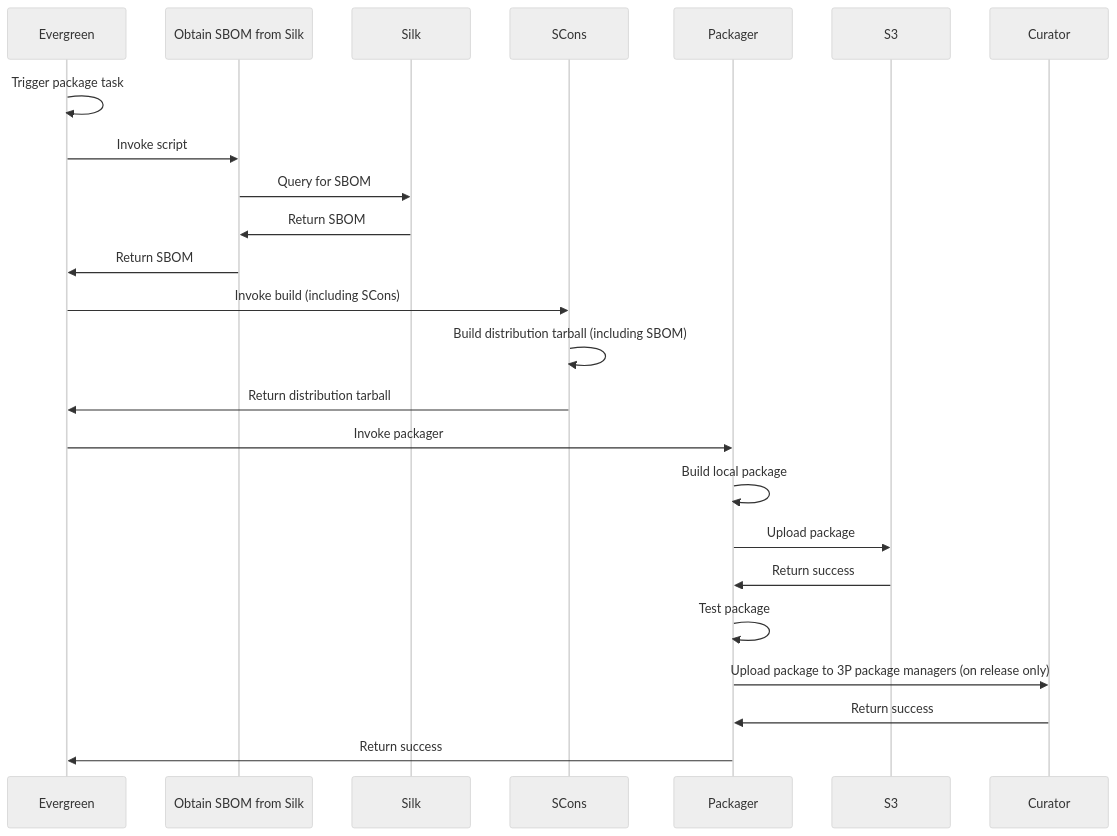
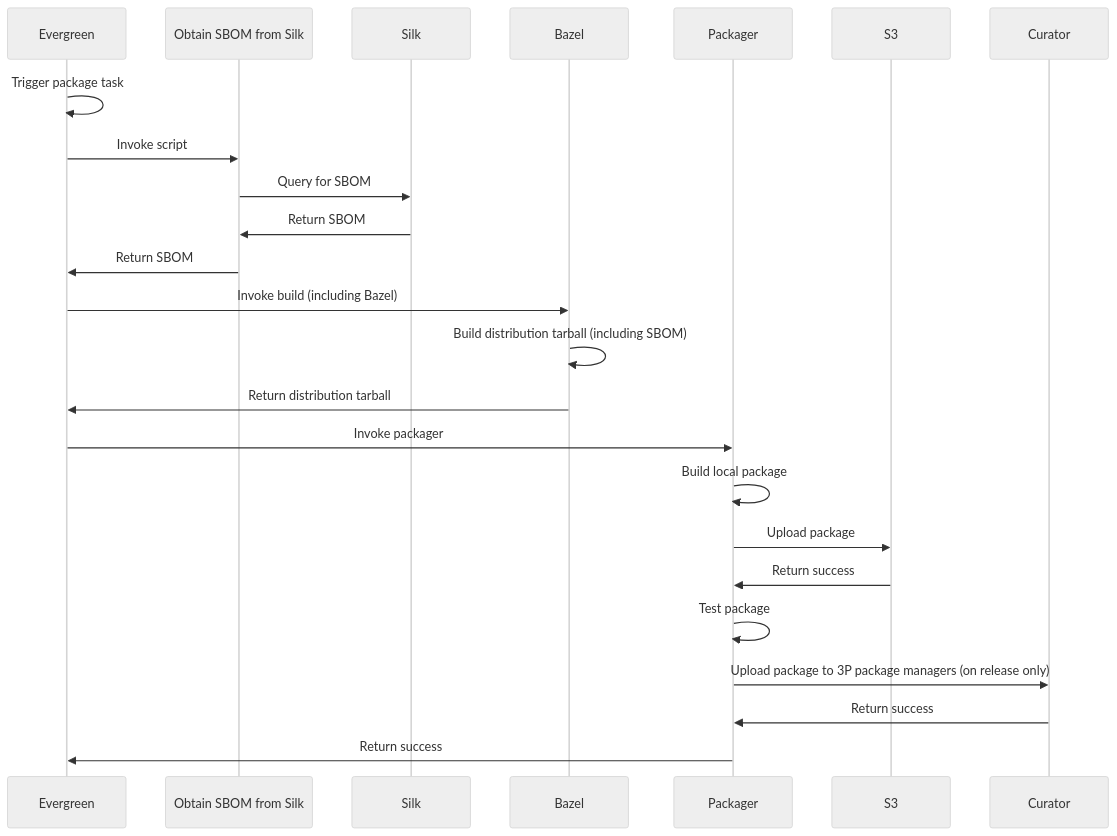
One commit to codacy-open-source-projects-scans/mongodb changed the diagram in docs/packaging.md. Above: the diagram before and after it, drawn with Mermaid (neutral theme). The commit also changed 43470 other files, not shown here.

````diff
--- a/docs/packaging.md
+++ b/docs/packaging.md
@@ -3,29 +3,29 @@
 ```mermaid
 sequenceDiagram
 participant e as Evergreen
 participant osfs as Obtain SBOM from Silk
 participant silk as Silk
-participant scons as SCons
+participant bazel as Bazel
 participant p as Packager
 participant s3 as S3
 participant curator as Curator
 
 
 e ->> e: Trigger package task
 e ->> osfs: Invoke script
 osfs ->> silk: Query for SBOM
 silk ->> osfs: Return SBOM
 osfs ->> e: Return SBOM
-e ->> scons: Invoke build (including SCons)
-scons ->> scons: Build distribution tarball (including SBOM)
-scons ->> e: Return distribution tarball
+e ->> bazel: Invoke build (including Bazel)
+bazel ->> bazel: Build distribution tarball (including SBOM)
+bazel ->> e: Return distribution tarball
 e ->> p: Invoke packager
 p ->> p: Build local package
 p ->> s3: Upload package
 s3 ->> p: Return success
 p ->> p: Test package
 p ->> curator: Upload package to 3P package managers (on release only)
 curator ->> p: Return success
 p ->> e: Return success
 
 ```
````
